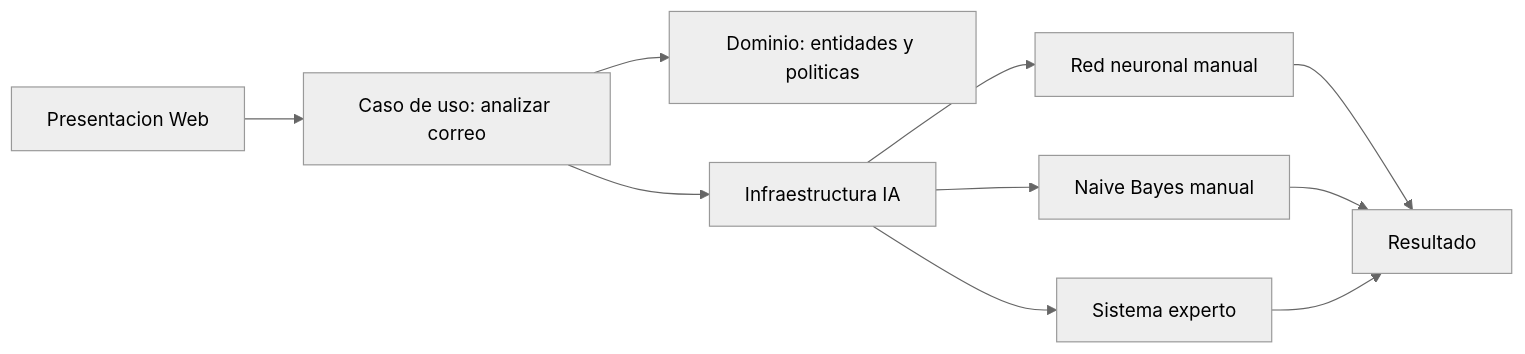
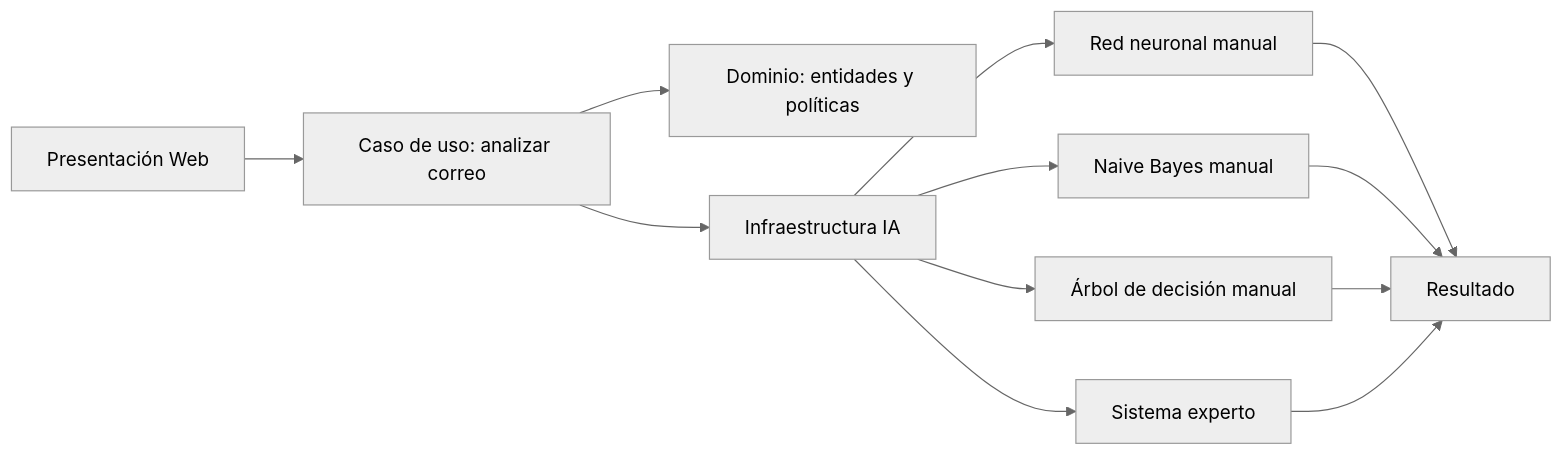
One commit to JhashuaC/Proyecto-IA changed the diagram in documentacion/GUIA_INFORME.md. Above: the diagram before and after it, drawn with Mermaid (neutral theme). The commit also changed other lines of this file and 37 other files, not shown here.

````diff
--- a/documentacion/GUIA_INFORME.md
+++ b/documentacion/GUIA_INFORME.md
@@ -47,12 +62,14 @@
 ```mermaid
 flowchart LR
-    P["Presentacion Web"] --> U["Caso de uso: analizar correo"]
-    U --> D["Dominio: entidades y politicas"]
+    P["Presentación Web"] --> U["Caso de uso: analizar correo"]
+    U --> D["Dominio: entidades y políticas"]
     U --> I["Infraestructura IA"]
     I --> N["Red neuronal manual"]
     I --> B["Naive Bayes manual"]
+    I --> T["Árbol de decisión manual"]
     I --> E["Sistema experto"]
     N --> R["Resultado"]
     B --> R
+    T --> R
     E --> R
 ```
````
